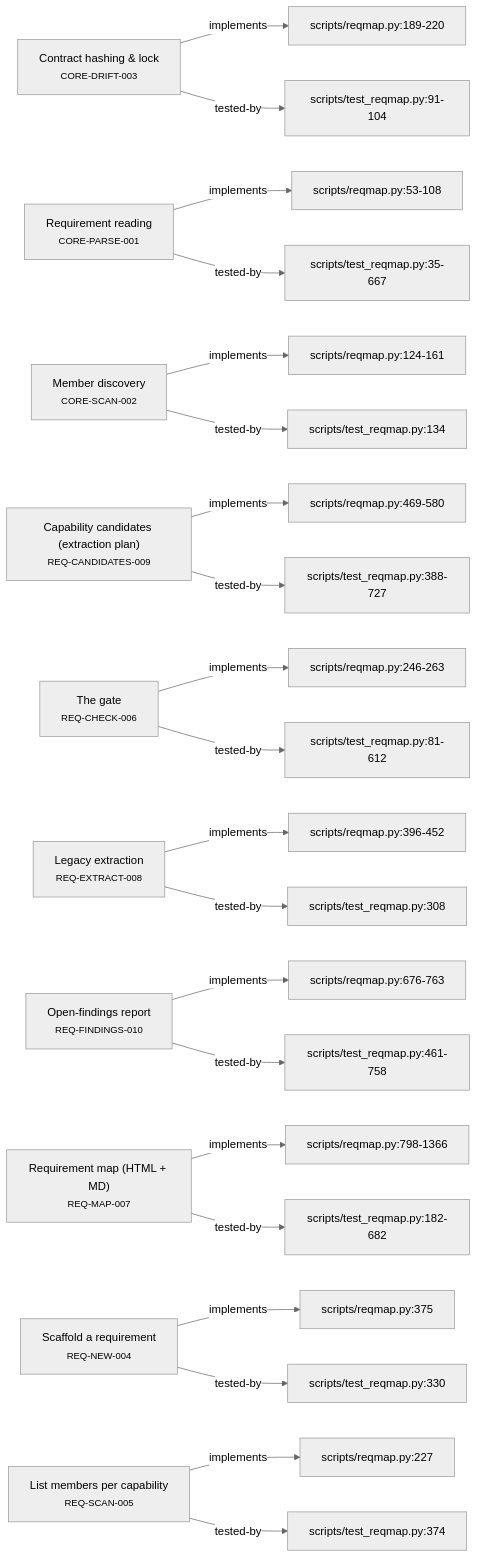
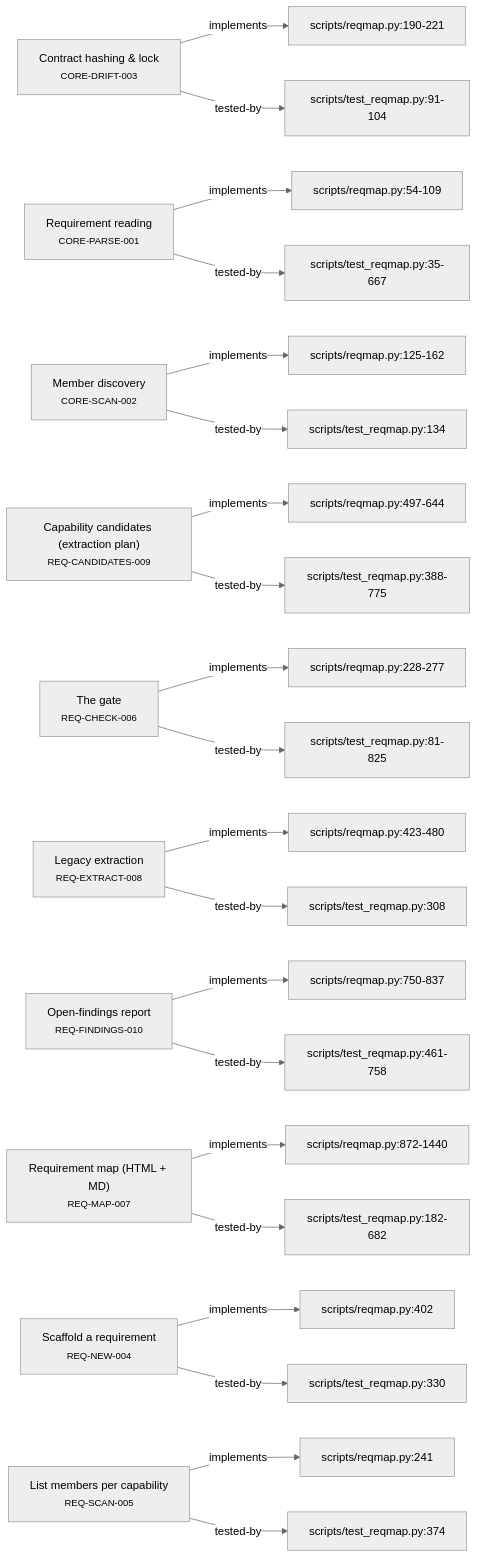
One commit to alxmax/Requirement-manager changed the second of 4 diagrams in plugin/requirements/_map.md. Above: the diagram before and after it, drawn with Mermaid (neutral theme). The commit also changed other lines of this file and 7 other files, not shown here.

````diff
--- a/plugin/requirements/_map.md
+++ b/plugin/requirements/_map.md
@@ -38,53 +38,53 @@
 ```mermaid
 graph LR
   CORE_DRIFT_003["Contract hashing & lock<br><small>CORE-DRIFT-003</small>"]
-  f_scripts_reqmap_py_189_220["scripts/reqmap.py:189-220"]
-  CORE_DRIFT_003 -->|implements| f_scripts_reqmap_py_189_220
+  f_scripts_reqmap_py_190_221["scripts/reqmap.py:190-221"]
+  CORE_DRIFT_003 -->|implements| f_scripts_reqmap_py_190_221
   f_scripts_test_reqmap_py_91_104["scripts/test_reqmap.py:91-104"]
   CORE_DRIFT_003 -->|tested-by| f_scripts_test_reqmap_py_91_104
   CORE_PARSE_001["Requirement reading<br><small>CORE-PARSE-001</small>"]
-  f_scripts_reqmap_py_53_108["scripts/reqmap.py:53-108"]
-  CORE_PARSE_001 -->|implements| f_scripts_reqmap_py_53_108
+  f_scripts_reqmap_py_54_109["scripts/reqmap.py:54-109"]
+  CORE_PARSE_001 -->|implements| f_scripts_reqmap_py_54_109
   f_scripts_test_reqmap_py_35_667["scripts/test_reqmap.py:35-667"]
   CORE_PARSE_001 -->|tested-by| f_scripts_test_reqmap_py_35_667
   CORE_SCAN_002["Member discovery<br><small>CORE-SCAN-002</small>"]
-  f_scripts_reqmap_py_124_161["scripts/reqmap.py:124-161"]
-  CORE_SCAN_002 -->|implements| f_scripts_reqmap_py_124_161
+  f_scripts_reqmap_py_125_162["scripts/reqmap.py:125-162"]
+  CORE_SCAN_002 -->|implements| f_scripts_reqmap_py_125_162
   f_scripts_test_reqmap_py_134["scripts/test_reqmap.py:134"]
   CORE_SCAN_002 -->|tested-by| f_scripts_test_reqmap_py_134
   REQ_CANDIDATES_009["Capability candidates (extraction plan)<br><small>REQ-CANDIDATES-009</small>"]
-  f_scripts_reqmap_py_469_580["scripts/reqmap.py:469-580"]
-  REQ_CANDIDATES_009 -->|implements| f_scripts_reqmap_py_469_580
-  f_scripts_test_reqmap_py_388_727["scripts/test_reqmap.py:388-727"]
-  REQ_CANDIDATES_009 -->|tested-by| f_scripts_test_reqmap_py_388_727
+  f_scripts_reqmap_py_497_644["scripts/reqmap.py:497-644"]
+  REQ_CANDIDATES_009 -->|implements| f_scripts_reqmap_py_497_644
+  f_scripts_test_reqmap_py_388_775["scripts/test_reqmap.py:388-775"]
+  REQ_CANDIDATES_009 -->|tested-by| f_scripts_test_reqmap_py_388_775
   REQ_CHECK_006["The gate<br><small>REQ-CHECK-006</small>"]
-  f_scripts_reqmap_py_246_263["scripts/reqmap.py:246-263"]
-  REQ_CHECK_006 -->|implements| f_scripts_reqmap_py_246_263
-  f_scripts_test_reqmap_py_81_612["scripts/test_reqmap.py:81-612"]
-  REQ_CHECK_006 -->|tested-by| f_scripts_test_reqmap_py_81_612
+  f_scripts_reqmap_py_228_277["scripts/reqmap.py:228-277"]
+  REQ_CHECK_006 -->|implements| f_scripts_reqmap_py_228_277
+  f_scripts_test_reqmap_py_81_825["scripts/test_reqmap.py:81-825"]
+  REQ_CHECK_006 -->|tested-by| f_scripts_test_reqmap_py_81_825
   REQ_EXTRACT_008["Legacy extraction<br><small>REQ-EXTRACT-008</small>"]
-  f_scripts_reqmap_py_396_452["scripts/reqmap.py:396-452"]
-  REQ_EXTRACT_008 -->|implements| f_scripts_reqmap_py_396_452
+  f_scripts_reqmap_py_423_480["scripts/reqmap.py:423-480"]
+  REQ_EXTRACT_008 -->|implements| f_scripts_reqmap_py_423_480
   f_scripts_test_reqmap_py_308["scripts/test_reqmap.py:308"]
   REQ_EXTRACT_008 -->|tested-by| f_scripts_test_reqmap_py_308
   REQ_FINDINGS_010["Open-findings report<br><small>REQ-FINDINGS-010</small>"]
-  f_scripts_reqmap_py_676_763["scripts/reqmap.py:676-763"]
-  REQ_FINDINGS_010 -->|implements| f_scripts_reqmap_py_676_763
+  f_scripts_reqmap_py_750_837["scripts/reqmap.py:750-837"]
+  REQ_FINDINGS_010 -->|implements| f_scripts_reqmap_py_750_837
   f_scripts_test_reqmap_py_461_758["scripts/test_reqmap.py:461-758"]
   REQ_FINDINGS_010 -->|tested-by| f_scripts_test_reqmap_py_461_758
   REQ_MAP_007["Requirement map (HTML + MD)<br><small>REQ-MAP-007</small>"]
-  f_scripts_reqmap_py_798_1366["scripts/reqmap.py:798-1366"]
-  REQ_MAP_007 -->|implements| f_scripts_reqmap_py_798_1366
+  f_scripts_reqmap_py_872_1440["scripts/reqmap.py:872-1440"]
+  REQ_MAP_007 -->|implements| f_scripts_reqmap_py_872_1440
   f_scripts_test_reqmap_py_182_682["scripts/test_reqmap.py:182-682"]
   REQ_MAP_007 -->|tested-by| f_scripts_test_reqmap_py_182_682
   REQ_NEW_004["Scaffold a requirement<br><small>REQ-NEW-004</small>"]
-  f_scripts_reqmap_py_375["scripts/reqmap.py:375"]
-  REQ_NEW_004 -->|implements| f_scripts_reqmap_py_375
+  f_scripts_reqmap_py_402["scripts/reqmap.py:402"]
+  REQ_NEW_004 -->|implements| f_scripts_reqmap_py_402
   f_scripts_test_reqmap_py_330["scripts/test_reqmap.py:330"]
   REQ_NEW_004 -->|tested-by| f_scripts_test_reqmap_py_330
   REQ_SCAN_005["List members per capability<br><small>REQ-SCAN-005</small>"]
-  f_scripts_reqmap_py_227["scripts/reqmap.py:227"]
-  REQ_SCAN_005 -->|implements| f_scripts_reqmap_py_227
+  f_scripts_reqmap_py_241["scripts/reqmap.py:241"]
+  REQ_SCAN_005 -->|implements| f_scripts_reqmap_py_241
   f_scripts_test_reqmap_py_374["scripts/test_reqmap.py:374"]
   REQ_SCAN_005 -->|tested-by| f_scripts_test_reqmap_py_374
 ```
````
